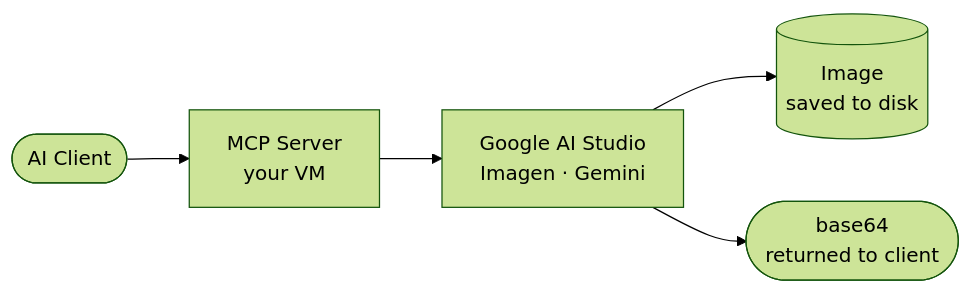
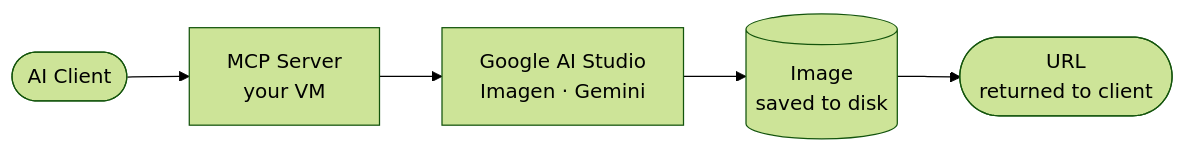
Before and after one commit to codeadeel/picasso-mcp: the diagram in README.md, drawn with Mermaid (forest theme). The commit also changed other lines of this file and 5 other files, not shown here.

````diff
--- a/README.md
+++ b/README.md
@@ -5,7 +5,7 @@
 ```mermaid
 flowchart LR
     A([AI Client]) --> B[MCP Server<br>your VM]
     B --> C[Google AI Studio<br>Imagen · Gemini]
     C --> D[(Image<br>saved to disk)]
-    C --> E([base64<br>returned to client])
+    D --> E([URL<br>returned to client])
 ```
````
